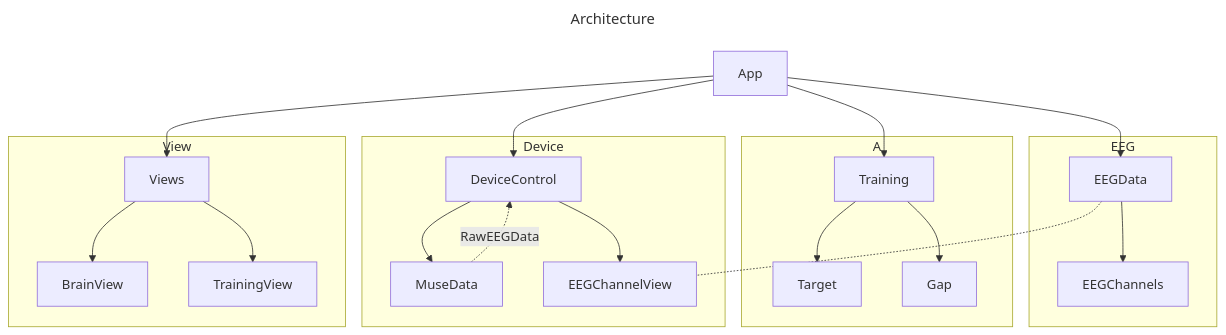
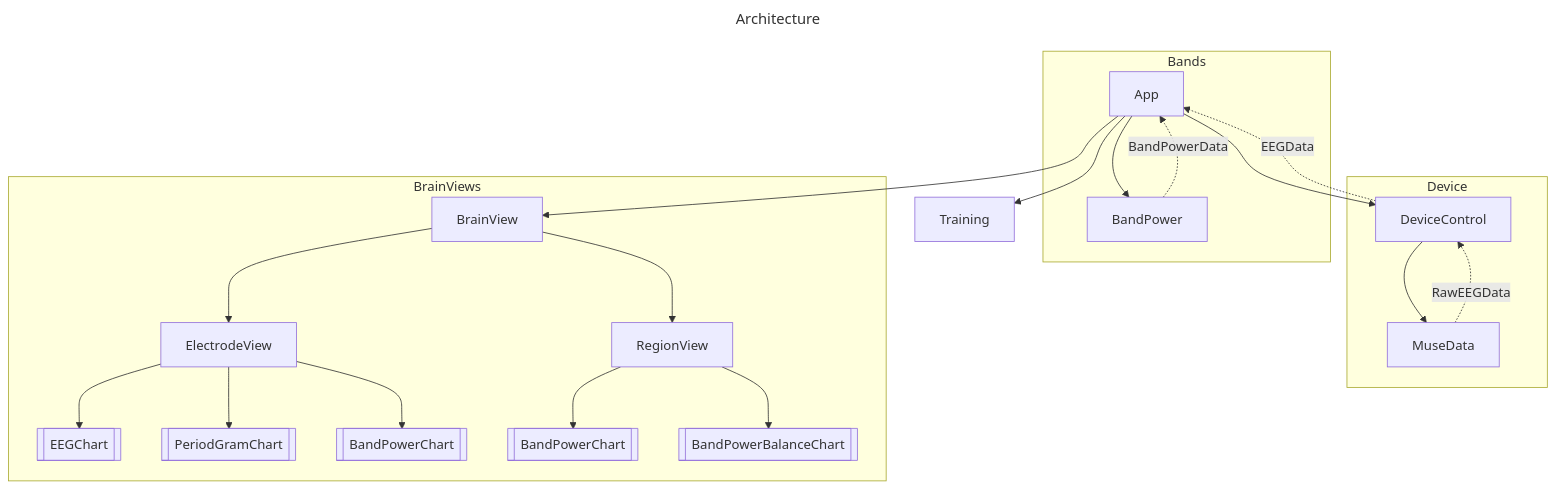
Before and after one commit to mtippett/meditrain: the diagram in docs/architecture.md, drawn with Mermaid.

Commit message:
Update Arch (with flowback)

````diff
--- a/docs/architecture.md
+++ b/docs/architecture.md
@@ -1,37 +1,43 @@
 ```mermaid
 ---
 title: Architecture
 ---
 graph TB
     App --> DeviceControl
 
-    App-->Views
+    App --> BrainView
+    App-->BandPower
 
     App --> Training
 
-    App --> EEGData
-
-    subgraph EEG
-        EEGData --> EEGChannels
-    end
-
-    subgraph A
-        Training --> Target
-        Training --> Gap
-    end
     
     subgraph Device
         DeviceControl-->MuseData
-        DeviceControl-->EEGChannelView
     end
 
-    subgraph View
-        
-        Views-->BrainView
-        Views-->TrainingView
+    subgraph Bands
+        BandPower
+        BandPower -.-> |BandPowerData|App
+
+    end
+
+
+    subgraph BrainViews
+        EEGChart[[EEGChart]]
+        PeriodGramChart[[PeriodGramChart]]
+        ElectrodeBandPowerChart[[BandPowerChart]]
+        RegionBandPowerChart[[BandPowerChart]]
+        BandPowerBalanceChart[[BandPowerBalanceChart]]
+        BrainView-->ElectrodeView
+        ElectrodeView-->EEGChart
+        ElectrodeView-->PeriodGramChart
+        ElectrodeView-->ElectrodeBandPowerChart
+        BrainView-->RegionView
+        RegionView-->RegionBandPowerChart
+        RegionView-->BandPowerBalanceChart
+
     end
 
     MuseData -.-> |RawEEGData|DeviceControl
-
-    EEGData -.- EEGChannelView
+    DeviceControl -.-> |EEGData|App
 ```
````
